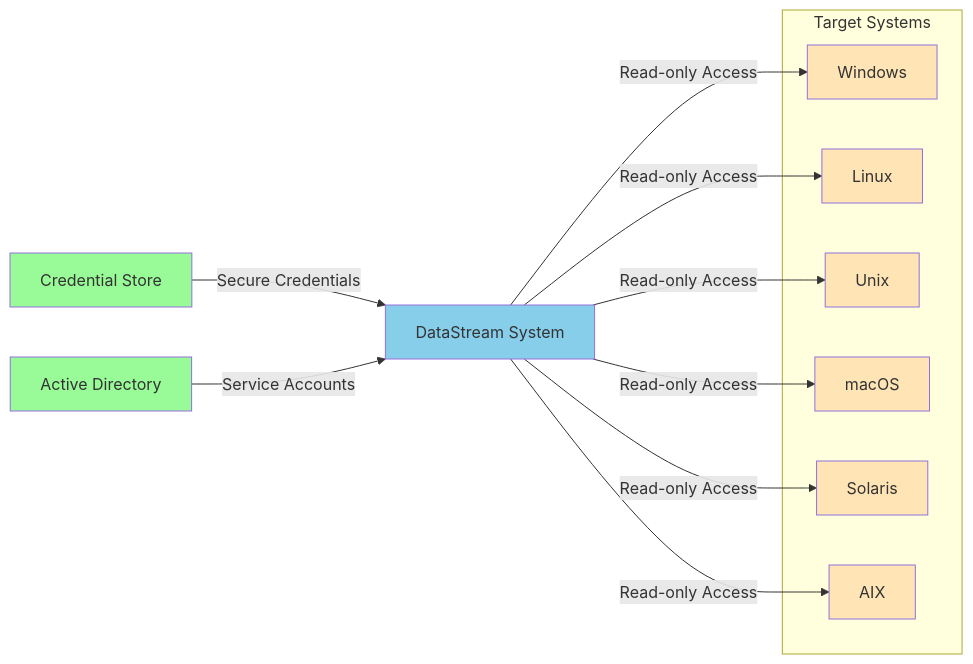
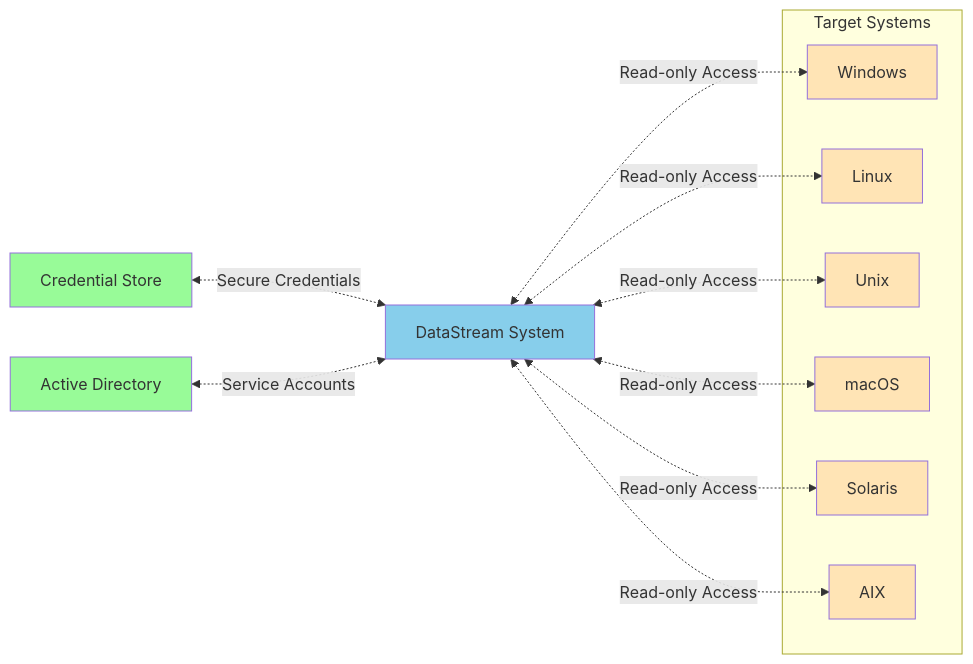
One commit to VirtualMetric/virtualmetric-docs changed the first of 7 diagrams in docs/README.mdx. Above: the diagram before and after it, drawn with Mermaid. The commit also changed other lines of this file and 10 other files, not shown here.

````diff
--- a/docs/README.mdx
+++ b/docs/README.mdx
@@ -24,35 +24,35 @@
 ```mermaid
 graph LR
     DS[DataStream System]
     CS[Credential Store]
     AD[Active Directory]
     
     subgraph Target Systems
         W[Windows]
         L[Linux]
         U[Unix]
         M[macOS]
         S[Solaris]
         A[AIX]
     end
 
-    CS --> |Secure Credentials| DS
-    AD --> |Service Accounts| DS
+    CS <-.-> |Secure Credentials| DS
+    AD <-.-> |Service Accounts| DS
     
-    DS --> |Read-only Access| W
-    DS --> |Read-only Access| L
-    DS --> |Read-only Access| U
-    DS --> |Read-only Access| M
-    DS --> |Read-only Access| S
-    DS --> |Read-only Access| A
+    DS <-.-> |Read-only Access| W
+    DS <-.-> |Read-only Access| L
+    DS <-.-> |Read-only Access| U
+    DS <-.-> |Read-only Access| M
+    DS <-.-> |Read-only Access| S
+    DS <-.-> |Read-only Access| A
 
     style DS fill:#87CEEB
     style CS fill:#98FB98
     style AD fill:#98FB98
     style W fill:#FFE4B5
     style L fill:#FFE4B5
     style U fill:#FFE4B5
     style M fill:#FFE4B5
     style S fill:#FFE4B5
     style A fill:#FFE4B5
 ```
````
